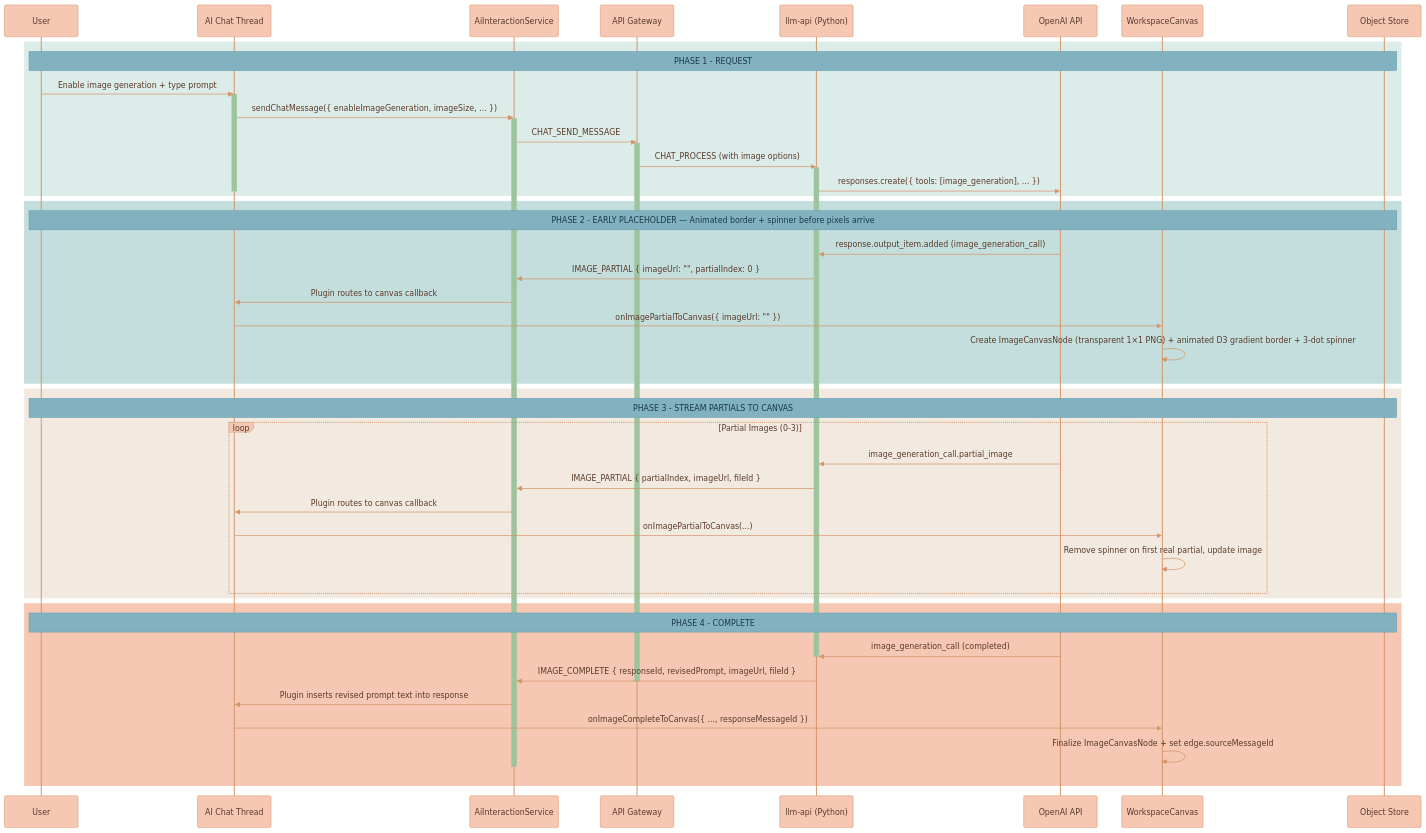
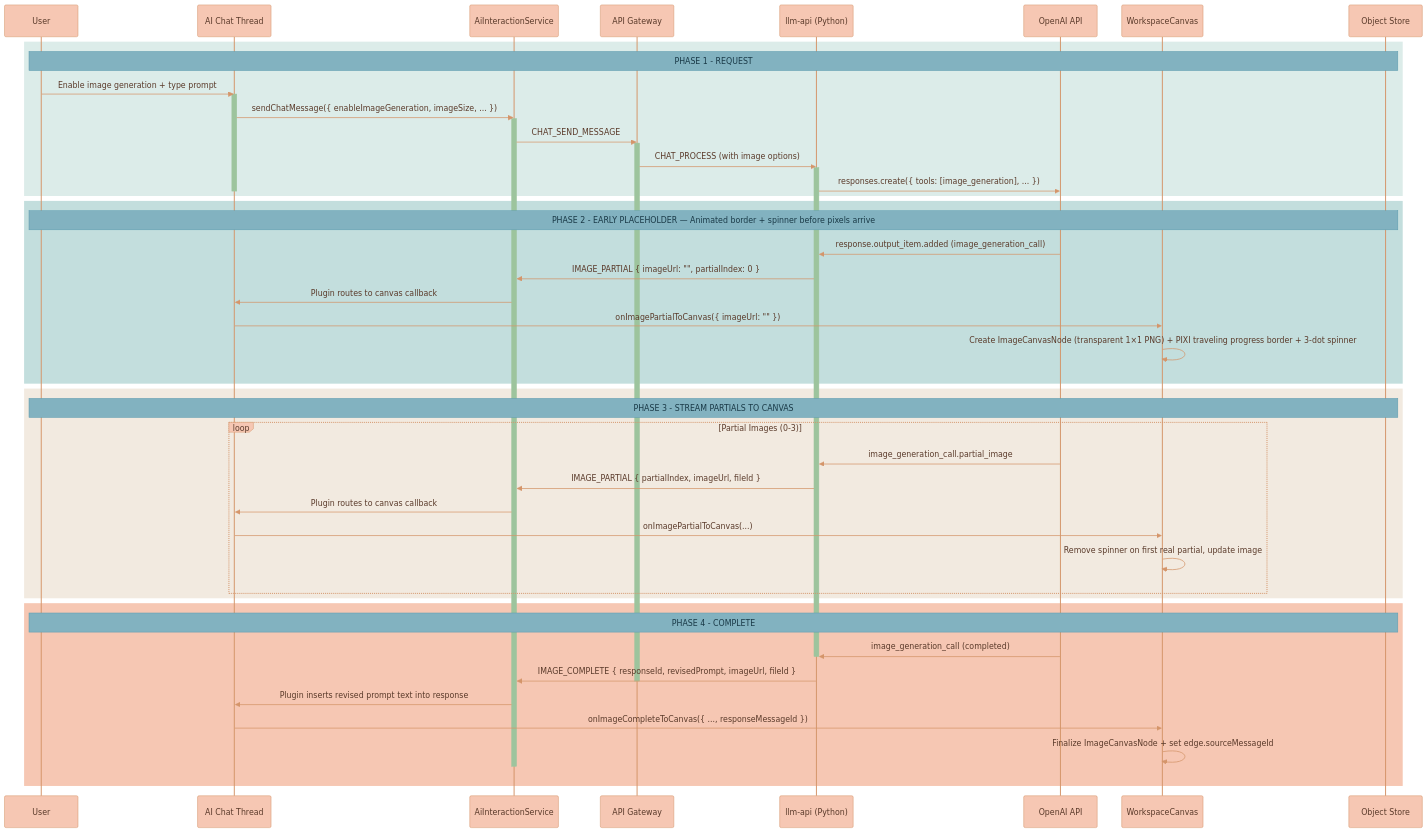
One commit to Lixpi/lixpi changed diagram 17 of 17 in documentation/features/WORKSPACE-FEATURE.md. Above: the diagram before and after it, drawn with Mermaid. The commit also changed other lines of this file and 16 other files, not shown here.

````diff
--- a/documentation/features/WORKSPACE-FEATURE.md
+++ b/documentation/features/WORKSPACE-FEATURE.md
@@ -1095,69 +1097,69 @@
 ```mermaid
 %%{init: {'theme': 'base', 'themeVariables': { 'noteBkgColor': '#82B2C0', 'noteTextColor': '#1a3a47', 'noteBorderColor': '#5a9aad', 'actorBkg': '#F6C7B3', 'actorBorder': '#d4956a', 'actorTextColor': '#5a3a2a', 'actorLineColor': '#d4956a', 'signalColor': '#d4956a', 'signalTextColor': '#5a3a2a', 'labelBoxBkgColor': '#F6C7B3', 'labelBoxBorderColor': '#d4956a', 'labelTextColor': '#5a3a2a', 'loopTextColor': '#5a3a2a', 'activationBorderColor': '#9DC49D', 'activationBkgColor': '#9DC49D', 'sequenceNumberColor': '#5a3a2a'}}}%%
 sequenceDiagram
     participant User
     participant Thread as AI Chat Thread
     participant AIS as AiInteractionService
     participant API as API Gateway
     participant LLM as llm-api (Python)
     participant OpenAI as OpenAI API
     participant Canvas as WorkspaceCanvas
     participant Storage as Object Store
     %% ═══════════════════════════════════════════════════════════════
     %% PHASE 1: REQUEST
     %% ═══════════════════════════════════════════════════════════════
     rect rgb(220, 236, 233)
         Note over User, Storage: PHASE 1 - REQUEST
         User->>Thread: Enable image generation + type prompt
         activate Thread
         Thread->>AIS: sendChatMessage({ enableImageGeneration, imageSize, ... })
         activate AIS
         AIS->>API: CHAT_SEND_MESSAGE
         activate API
         API->>LLM: CHAT_PROCESS (with image options)
         activate LLM
         LLM->>OpenAI: responses.create({ tools: [image_generation], ... })
         deactivate Thread
     end
 
     %% ═══════════════════════════════════════════════════════════════
     %% PHASE 2: EARLY PLACEHOLDER → CANVAS
     %% ═══════════════════════════════════════════════════════════════
     rect rgb(195, 222, 221)
         Note over User, Storage: PHASE 2 - EARLY PLACEHOLDER — Animated border + spinner before pixels arrive
         OpenAI->>LLM: response.output_item.added (image_generation_call)
         LLM->>AIS: IMAGE_PARTIAL { imageUrl: "", partialIndex: 0 }
         AIS->>Thread: Plugin routes to canvas callback
         Thread->>Canvas: onImagePartialToCanvas({ imageUrl: "" })
-        Canvas->>Canvas: Create ImageCanvasNode (transparent 1×1 PNG) + animated D3 gradient border + 3-dot spinner
+        Canvas->>Canvas: Create ImageCanvasNode (transparent 1×1 PNG) + PIXI traveling progress border + 3-dot spinner
     end
 
     %% ═══════════════════════════════════════════════════════════════
     %% PHASE 3: STREAM PARTIALS → CANVAS
     %% ═══════════════════════════════════════════════════════════════
     rect rgb(242, 234, 224)
         Note over User, Storage: PHASE 3 - STREAM PARTIALS TO CANVAS
         loop Partial Images (0-3)
             OpenAI->>LLM: image_generation_call.partial_image
             LLM->>AIS: IMAGE_PARTIAL { partialIndex, imageUrl, fileId }
             AIS->>Thread: Plugin routes to canvas callback
             Thread->>Canvas: onImagePartialToCanvas(...)
             Canvas->>Canvas: Remove spinner on first real partial, update image
         end
     end
 
     %% ═══════════════════════════════════════════════════════════════
     %% PHASE 4: COMPLETE → CANVAS + REVISED PROMPT IN CHAT
     %% ═══════════════════════════════════════════════════════════════
     rect rgb(246, 199, 179)
         Note over User, Storage: PHASE 4 - COMPLETE
         OpenAI->>LLM: image_generation_call (completed)
         deactivate LLM
         LLM->>AIS: IMAGE_COMPLETE { responseId, revisedPrompt, imageUrl, fileId }
         deactivate API
         AIS->>Thread: Plugin inserts revised prompt text into response
         Thread->>Canvas: onImageCompleteToCanvas({ ..., responseMessageId })
         Canvas->>Canvas: Finalize ImageCanvasNode + set edge.sourceMessageId
         deactivate AIS
     end
 ```
````
